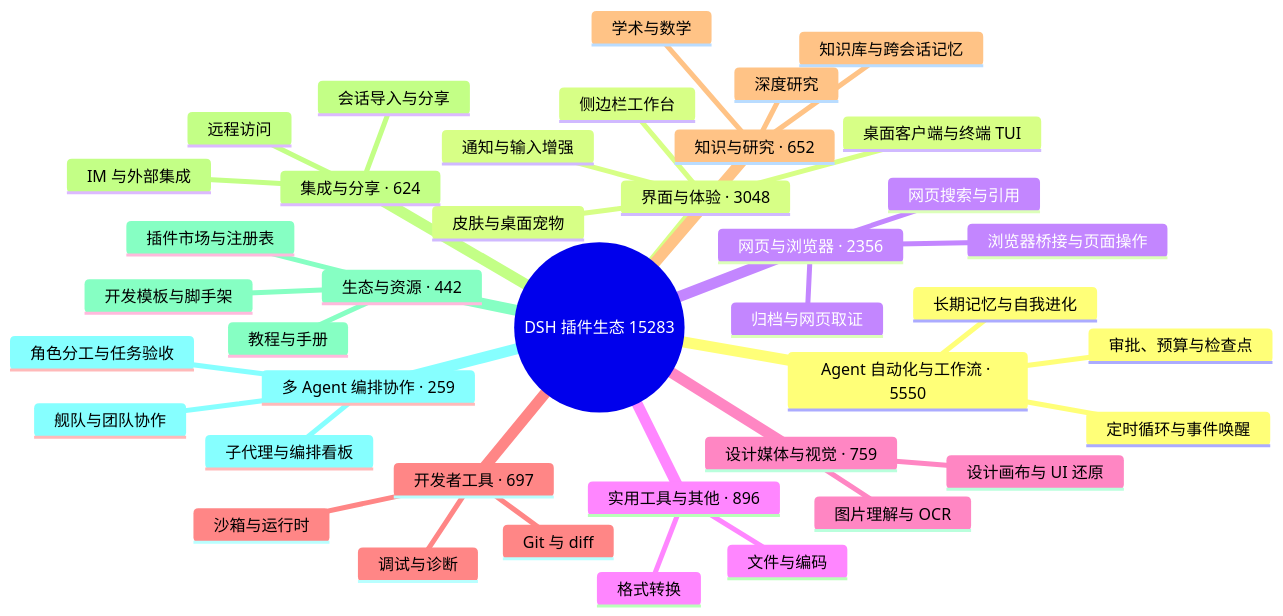
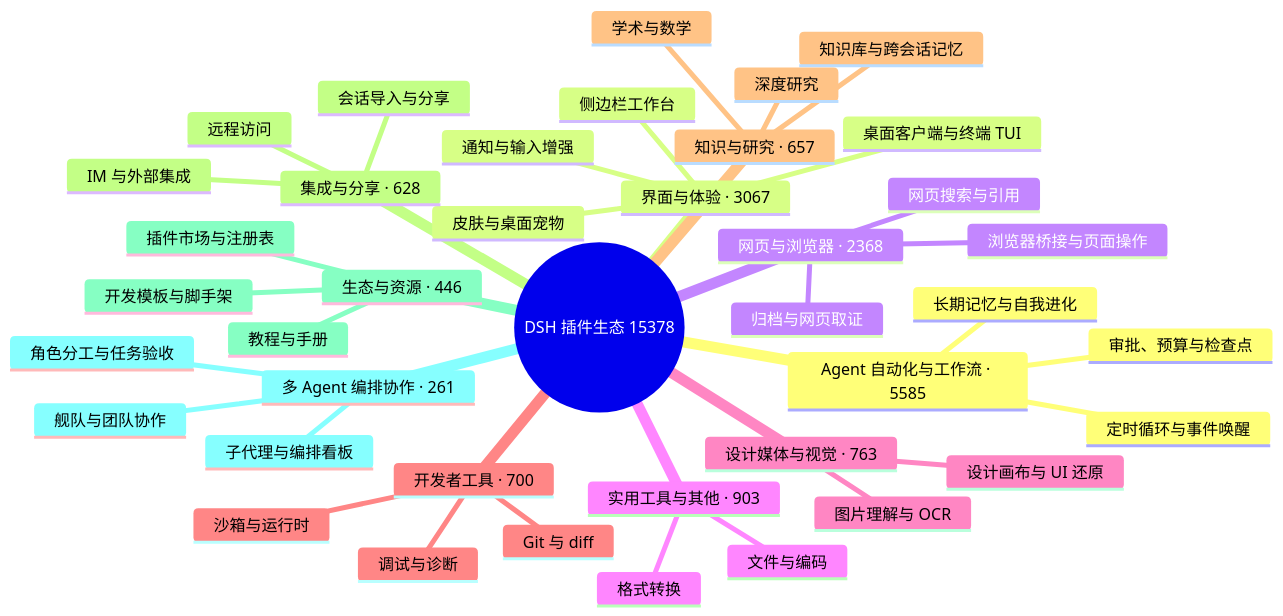
One commit to bruc3van/awesome-dsh-plugin changed the diagram in README.md. Above: the diagram before and after it, drawn with Mermaid. The commit also changed other lines of this file and 21 other files, not shown here.

````diff
--- a/README.md
+++ b/README.md
@@ -16,43 +16,43 @@
 ```mermaid
 mindmap
-  root((DSH 插件生态 15283))
-    Agent 自动化与工作流 · 5550
+  root((DSH 插件生态 15378))
+    Agent 自动化与工作流 · 5585
       定时循环与事件唤醒
       长期记忆与自我进化
       审批、预算与检查点
-    界面与体验 · 3048
+    界面与体验 · 3067
       桌面客户端与终端 TUI
       侧边栏工作台
       皮肤与桌面宠物
       通知与输入增强
-    网页与浏览器 · 2356
+    网页与浏览器 · 2368
       浏览器桥接与页面操作
       网页搜索与引用
       归档与网页取证
-    实用工具与其他 · 896
+    实用工具与其他 · 903
       文件与编码
       格式转换
-    设计媒体与视觉 · 759
+    设计媒体与视觉 · 763
       图片理解与 OCR
       设计画布与 UI 还原
-    开发者工具 · 697
+    开发者工具 · 700
       Git 与 diff
       沙箱与运行时
       调试与诊断
-    知识与研究 · 652
+    知识与研究 · 657
       知识库与跨会话记忆
       深度研究
       学术与数学
-    集成与分享 · 624
+    集成与分享 · 628
       会话导入与分享
       远程访问
       IM 与外部集成
-    生态与资源 · 442
+    生态与资源 · 446
       插件市场与注册表
       开发模板与脚手架
       教程与手册
-    多 Agent 编排协作 · 259
+    多 Agent 编排协作 · 261
       子代理与编排看板
       舰队与团队协作
       角色分工与任务验收
 ```
````
